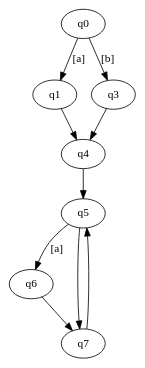
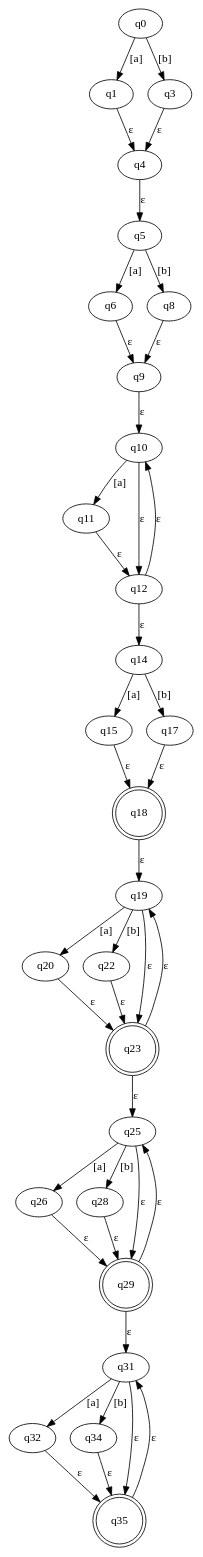
Before and after one commit to bas200o/formele-methoden: the diagram in graph.dot, drawn with Graphviz. The commit also changed 2 other files, not shown here.

```diff
--- a/graph.dot
+++ b/graph.dot
@@ -1,18 +1,69 @@
 digraph ndfa {
 IDq0 [label="q0"];
 IDq1 [label="q1"];
 IDq3 [label="q3"];
 IDq4 [label="q4"];
 IDq5 [label="q5"];
 IDq6 [label="q6"];
-IDq7 [label="q7"];
+IDq8 [label="q8"];
+IDq9 [label="q9"];
+IDq10 [label="q10"];
+IDq11 [label="q11"];
+IDq12 [label="q12"];
+IDq14 [label="q14"];
+IDq15 [label="q15"];
+IDq17 [label="q17"];
+IDq18 [shape = doublecircle] [label="q18"];
+IDq19 [label="q19"];
+IDq20 [label="q20"];
+IDq22 [label="q22"];
+IDq23 [shape = doublecircle] [label="q23"];
+IDq25 [label="q25"];
+IDq26 [label="q26"];
+IDq28 [label="q28"];
+IDq29 [shape = doublecircle] [label="q29"];
+IDq31 [label="q31"];
+IDq32 [label="q32"];
+IDq34 [label="q34"];
+IDq35 [shape = doublecircle] [label="q35"];
 IDq0 -> IDq1 [label="[a]"];
 IDq0 -> IDq3 [label="[b]"];
-IDq1 -> IDq4 [label=""];
-IDq3 -> IDq4 [label=""];
-IDq4 -> IDq5 [label=""];
+IDq1 -> IDq4 [label="ε"];
+IDq3 -> IDq4 [label="ε"];
+IDq4 -> IDq5 [label="ε"];
 IDq5 -> IDq6 [label="[a]"];
-IDq5 -> IDq7 [label=""];
-IDq6 -> IDq7 [label=""];
-IDq7 -> IDq5 [label=""];
+IDq5 -> IDq8 [label="[b]"];
+IDq6 -> IDq9 [label="ε"];
+IDq8 -> IDq9 [label="ε"];
+IDq9 -> IDq10 [label="ε"];
+IDq10 -> IDq11 [label="[a]"];
+IDq10 -> IDq12 [label="ε"];
+IDq11 -> IDq12 [label="ε"];
+IDq12 -> IDq10 [label="ε"];
+IDq12 -> IDq14 [label="ε"];
+IDq14 -> IDq15 [label="[a]"];
+IDq14 -> IDq17 [label="[b]"];
+IDq15 -> IDq18 [label="ε"];
+IDq17 -> IDq18 [label="ε"];
+IDq18 -> IDq19 [label="ε"];
+IDq19 -> IDq20 [label="[a]"];
+IDq19 -> IDq22 [label="[b]"];
+IDq19 -> IDq23 [label="ε"];
+IDq20 -> IDq23 [label="ε"];
+IDq22 -> IDq23 [label="ε"];
+IDq23 -> IDq19 [label="ε"];
+IDq23 -> IDq25 [label="ε"];
+IDq25 -> IDq26 [label="[a]"];
+IDq25 -> IDq28 [label="[b]"];
+IDq25 -> IDq29 [label="ε"];
+IDq26 -> IDq29 [label="ε"];
+IDq28 -> IDq29 [label="ε"];
+IDq29 -> IDq25 [label="ε"];
+IDq29 -> IDq31 [label="ε"];
+IDq31 -> IDq32 [label="[a]"];
+IDq31 -> IDq34 [label="[b]"];
+IDq31 -> IDq35 [label="ε"];
+IDq32 -> IDq35 [label="ε"];
+IDq34 -> IDq35 [label="ε"];
+IDq35 -> IDq31 [label="ε"];
 }
```
